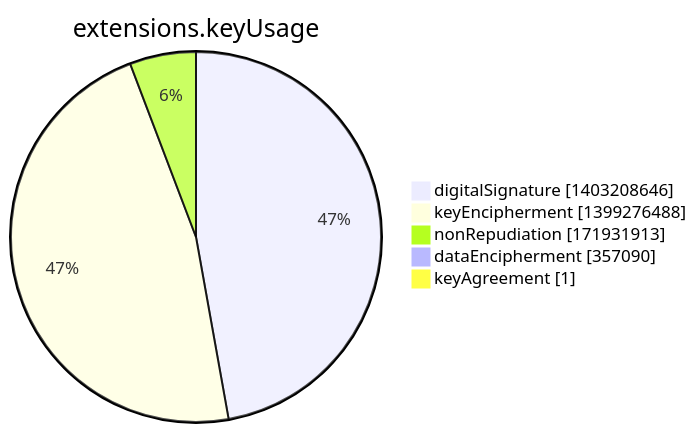
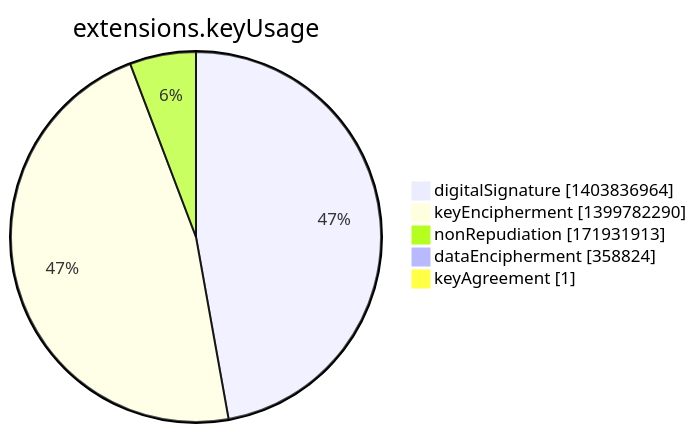
One commit to christiankrug/ctmonitor_visualization changed the seventh of 15 diagrams in argon2022/README.md. Above: the diagram before and after it, drawn with Mermaid. The commit also changed other lines of this file, not shown here.

````diff
--- a/argon2022/README.md
+++ b/argon2022/README.md
@@ -2751,9 +2751,9 @@
 ```mermaid
 pie showData
 title extensions.keyUsage
-"digitalSignature" :1403208646
-"keyEncipherment" :1399276488
+"digitalSignature" :1403836964
+"keyEncipherment" :1399782290
 "nonRepudiation" :171931913
-"dataEncipherment" :357090
+"dataEncipherment" :358824
 "keyAgreement" :1
 ```
````
